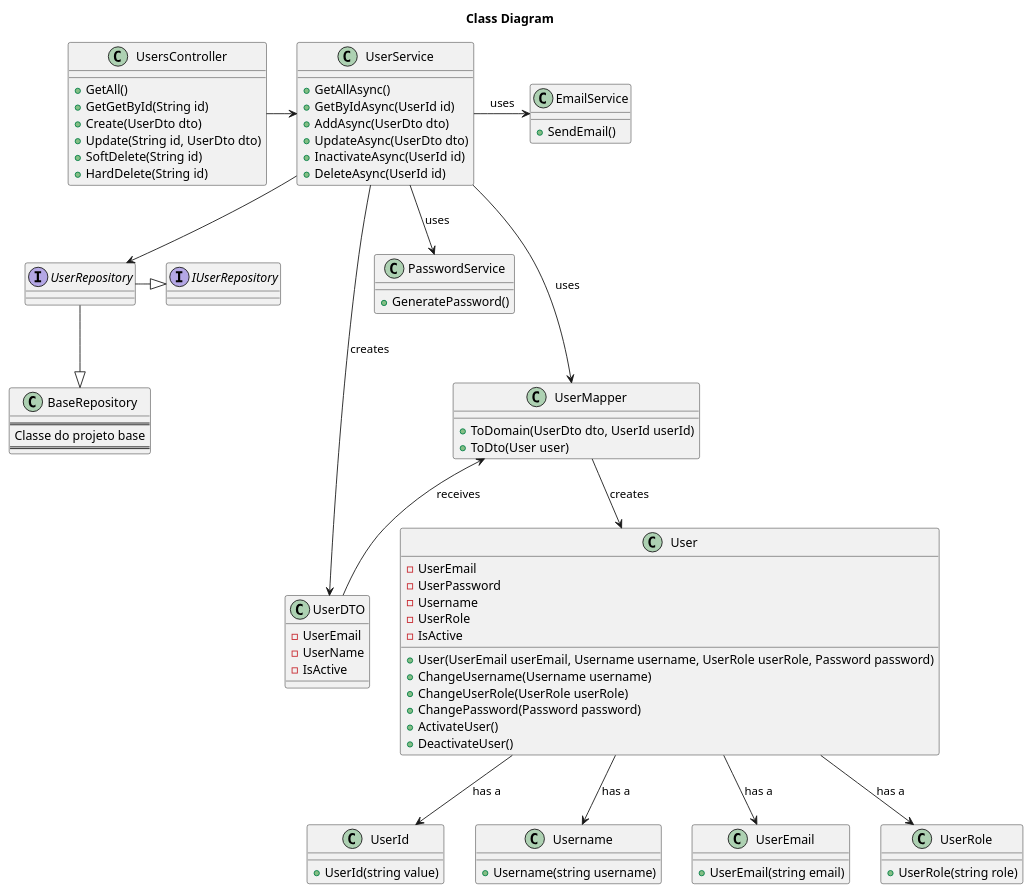
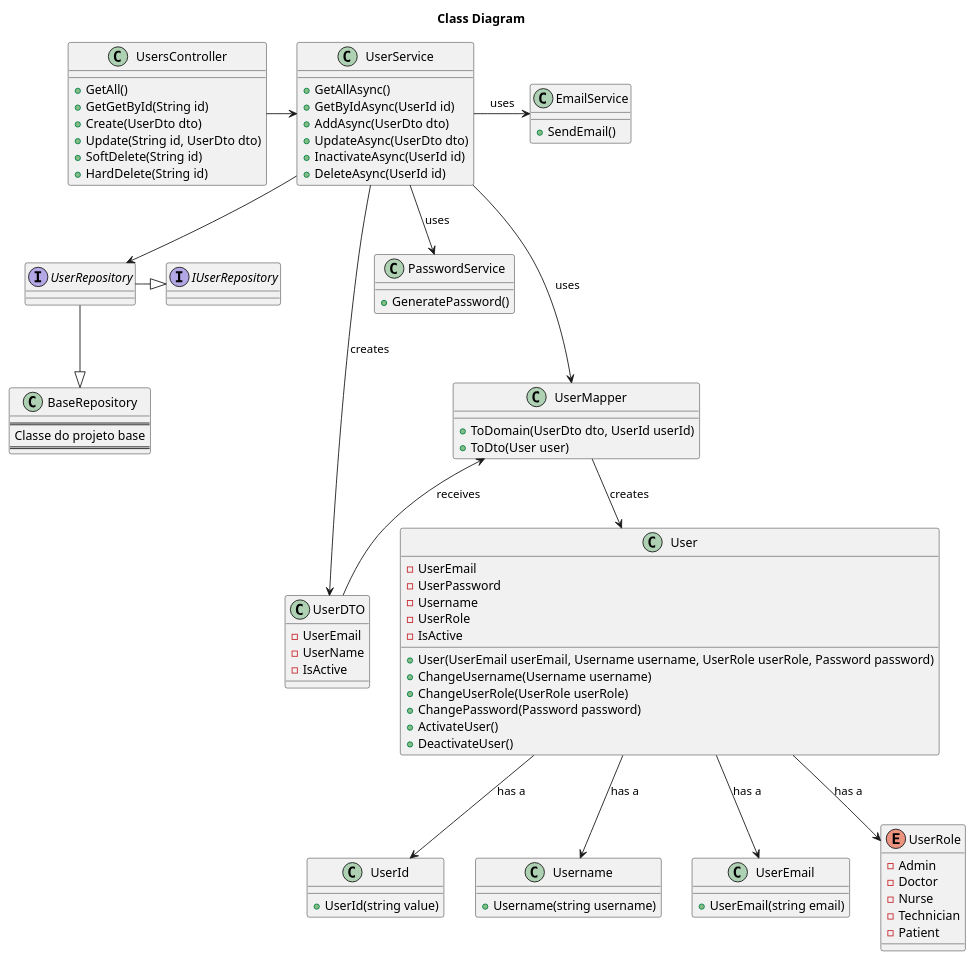
The diagram in docs/SprintA/1-register-backoffice-users/class-diagram.puml (MiguelCardoso77/SurgicalSync-BackEnd), drawn with PlantUML before and after one commit. The commit also changed 6 other files, not shown here.

Commit message:
#1 Testing and changing UserRole to be an ENUM

```diff
--- a/docs/SprintA/1-register-backoffice-users/class-diagram.puml
+++ b/docs/SprintA/1-register-backoffice-users/class-diagram.puml
@@ -1,103 +1,107 @@
 @startuml
 
 title Class Diagram
 
 class User {
     - UserEmail
     - UserPassword
     - Username
     - UserRole
     - IsActive
     + User(UserEmail userEmail, Username username, UserRole userRole, Password password)
     + ChangeUsername(Username username)
     + ChangeUserRole(UserRole userRole)
     + ChangePassword(Password password)
     + ActivateUser()
     + DeactivateUser()  
 }
 
 class UserDTO {
     - UserEmail
     - UserName
     - IsActive
 }
 
 class UsersController {
     + GetAll()
     + GetGetById(String id)
     + Create(UserDto dto)
     + Update(String id, UserDto dto)
     + SoftDelete(String id)
     + HardDelete(String id)
 }
 
 class UserId {
     + UserId(string value)
 }
 
 class Username {
     + Username(string username)
 }
 
 class UserEmail {
     + UserEmail(string email)
 }
 
-class UserRole {
-    + UserRole(string role)
+enum UserRole {
+    - Admin
+    - Doctor
+    - Nurse
+    - Technician
+    - Patient
 }
 
 class UserService {
     + GetAllAsync()
     + GetByIdAsync(UserId id)
     + AddAsync(UserDto dto)
     + UpdateAsync(UserDto dto)
     + InactivateAsync(UserId id)
     + DeleteAsync(UserId id)
 }
 
 class PasswordService {
     + GeneratePassword()
 }
 
 class EmailService {
     + SendEmail()
 }
 
 interface IUserRepository {
 }
 
 interface UserRepository {
 }
 
 class BaseRepository {
     ====
     Classe do projeto base
     ====
 }
 
 class UserMapper {
     + ToDomain(UserDto dto, UserId userId)
     + ToDto(User user)
 }
 
 UsersController -> UserService
 UserService ---> UserMapper : uses
 UserService --> UserDTO : creates
 
 UserService --> PasswordService : uses
 UserService -> EmailService : uses
 
 UserMapper <-- UserDTO : receives
 UserMapper --> User : creates
 
 User --> UserId : has a
 User --> Username : has a
 User --> UserEmail : has a
 User --> UserRole : has a
 
 UserService --> UserRepository
 UserRepository --|> BaseRepository
 UserRepository -|> IUserRepository
 
 @enduml
```
